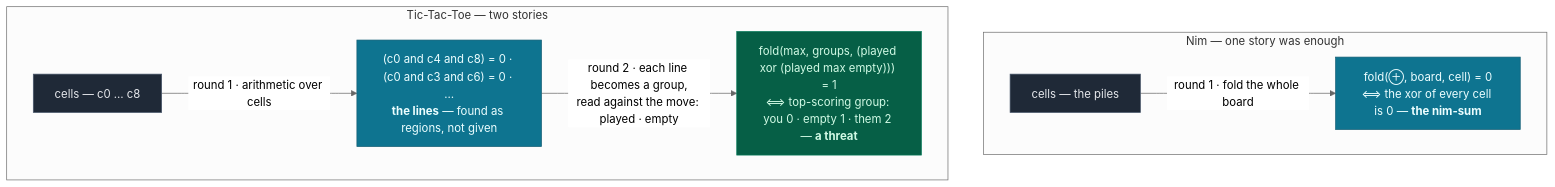
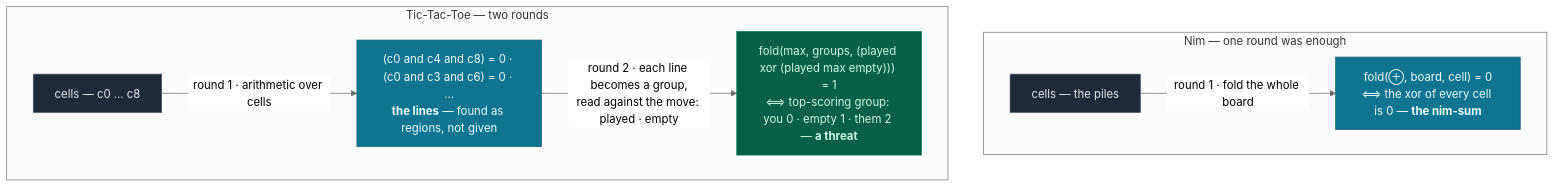
Before and after one commit to MatheweB/WiseExplorer: the fifth of 9 diagrams in README.md, drawn with Mermaid (neutral theme). The commit also changed other lines of this file and 3 other files, not shown here.

````diff
--- a/README.md
+++ b/README.md
@@ -294,21 +295,21 @@
 ```mermaid
 flowchart TD
     classDef raw fill:#1f2937,stroke:#475569,color:#e5e7eb
     classDef one fill:#0e7490,stroke:#155e75,color:#ecfeff
     classDef two fill:#065f46,stroke:#047857,color:#d1fae5
-    subgraph NIM["Nim — one story was enough"]
+    subgraph NIM["Nim — one round was enough"]
       NC["cells — the piles"]
       NS["fold(⊕, board, cell) = 0<br/>⟺ the xor of every cell is 0 — <b>the nim-sum</b>"]
       NC -->|"round 1 · fold the whole board"| NS
     end
-    subgraph TTT["Tic-Tac-Toe — two stories"]
+    subgraph TTT["Tic-Tac-Toe — two rounds"]
       TC["cells — c0 … c8"]
       TL["(c0 and c4 and c8) = 0 · (c0 and c3 and c6) = 0 · …<br/><b>the lines</b> — found as regions, not given"]
       TT["fold(max, groups, (played xor (played max empty))) = 1<br/>⟺ top-scoring group: you 0 · empty 1 · them 2 — <b>a threat</b>"]
       TC -->|"round 1 · arithmetic over cells"| TL
       TL -->|"round 2 · each line becomes a group,<br/>read against the move: played · empty"| TT
     end
     class NC,TC raw
     class NS,TL one
     class TT two
 ```
````
